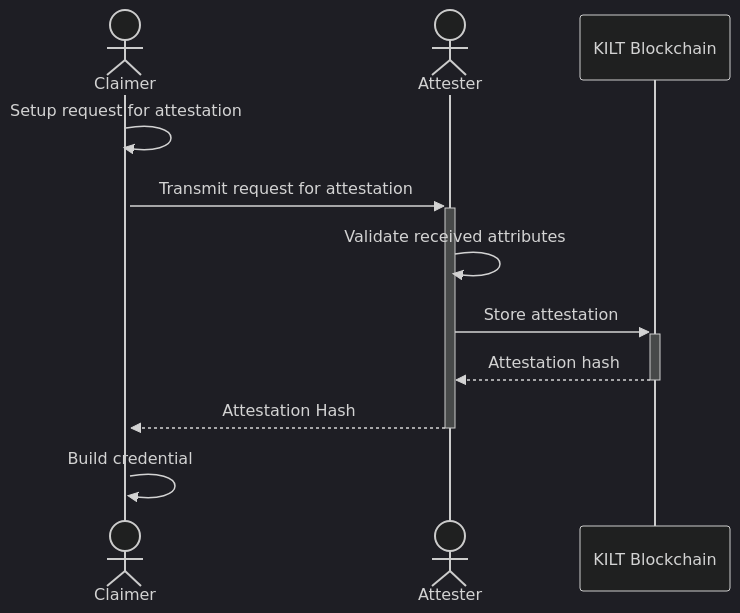
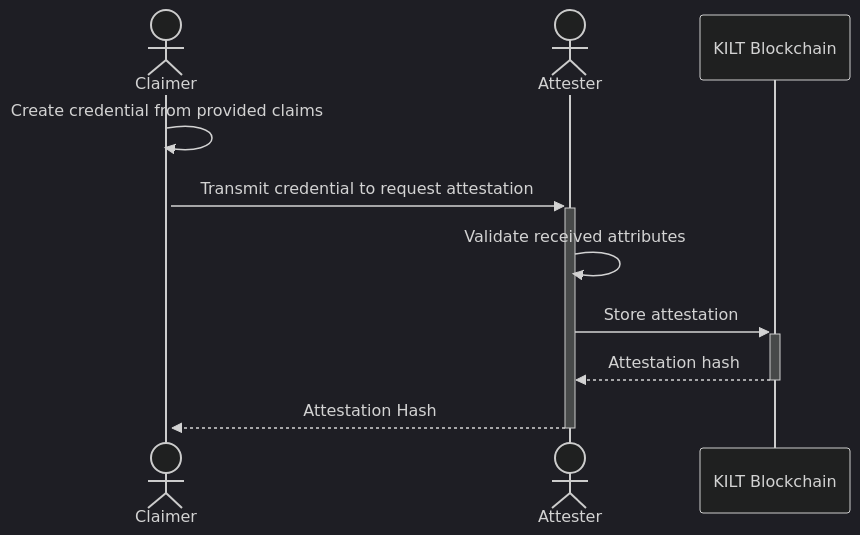
One commit to KILTprotocol/docs changed the first of 2 diagrams in docs/develop/03_workshop/03_overview.md. Above: the diagram before and after it, drawn with Mermaid (dark theme). The commit also changed other lines of this file and 169 other files, not shown here.

````diff
--- a/docs/develop/03_workshop/03_overview.md
+++ b/docs/develop/03_workshop/03_overview.md
@@ -24,13 +24,12 @@
 ```mermaid
 sequenceDiagram
 actor C as Claimer
 actor A as Attester
 participant B as KILT Blockchain
-    C->>+C: Setup request for attestation
-    C->>+A: Transmit request for attestation
+    C->>+C: Create credential from provided claims
+    C->>+A: Transmit credential to request attestation
     A->>A: Validate received attributes
     A->>+B: Store attestation
     B-->>-A: Attestation hash
     A-->>-C: Attestation Hash
-    C->>C: Build credential
 ```
````
